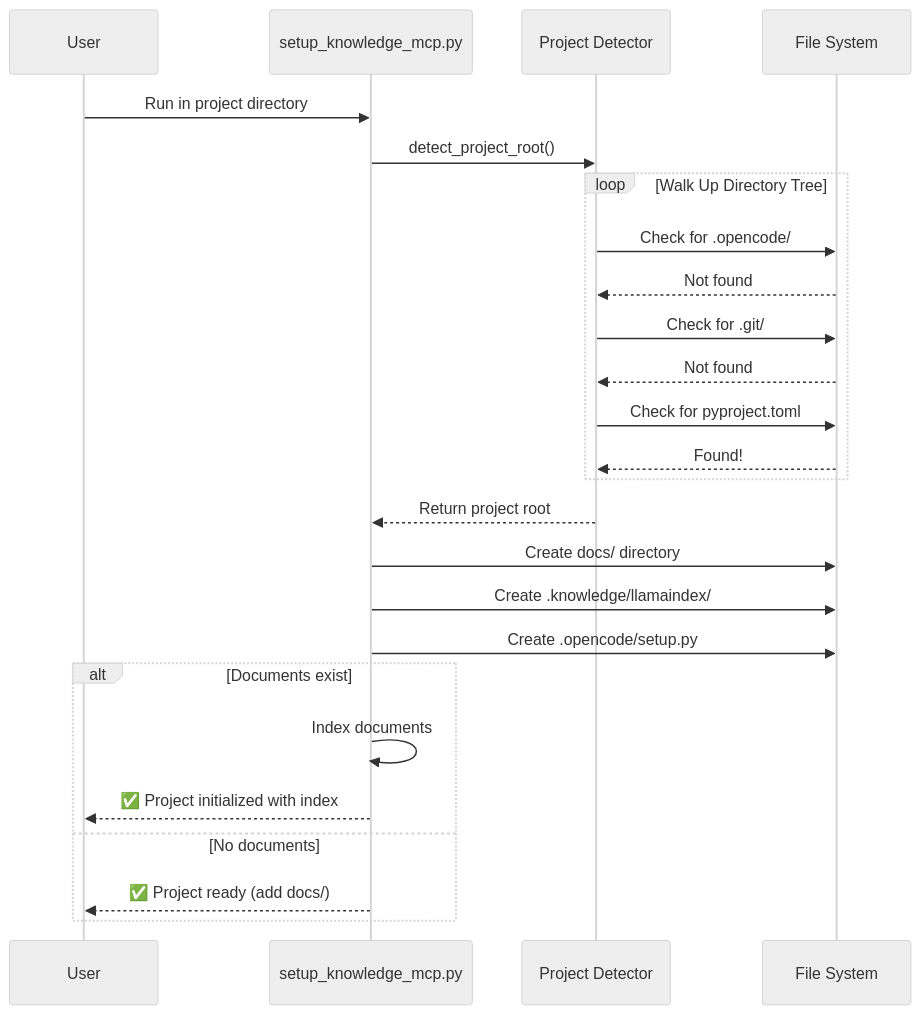
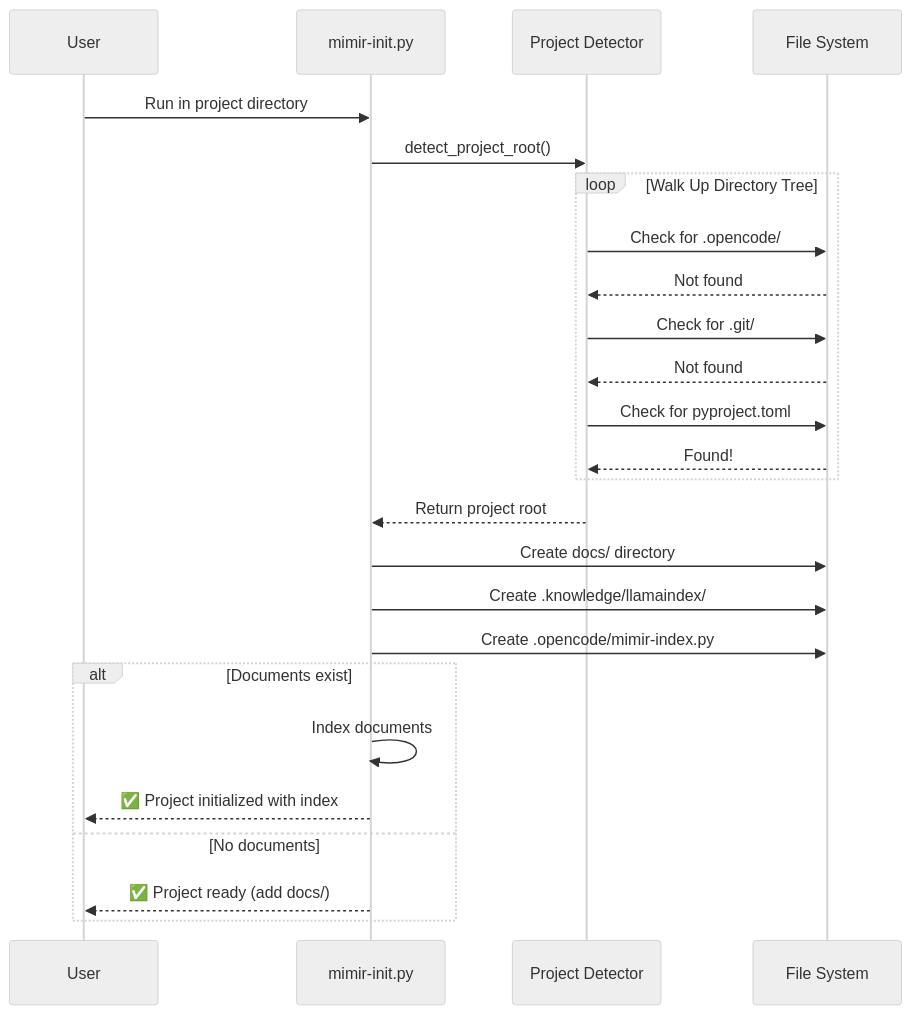
One commit to ewheels44/Mimir changed the third of 15 diagrams in BLOG_POST.md. Above: the diagram before and after it, drawn with Mermaid (neutral theme). The commit also changed other lines of this file and 18 other files, not shown here.

````diff
--- a/BLOG_POST.md
+++ b/BLOG_POST.md
@@ -129,32 +129,32 @@
 ```mermaid
 sequenceDiagram
     participant User
-    participant Setup as setup_knowledge_mcp.py
+    participant Setup as mimir-init.py
     participant Detect as Project Detector
     participant Files as File System
     
     User->>Setup: Run in project directory
     Setup->>Detect: detect_project_root()
     
     loop Walk Up Directory Tree
         Detect->>Files: Check for .opencode/
         Files-->>Detect: Not found
         Detect->>Files: Check for .git/
         Files-->>Detect: Not found
         Detect->>Files: Check for pyproject.toml
         Files-->>Detect: Found!
     end
     
     Detect-->>Setup: Return project root
     
     Setup->>Files: Create docs/ directory
     Setup->>Files: Create .knowledge/llamaindex/
-    Setup->>Files: Create .opencode/setup.py
+    Setup->>Files: Create .opencode/mimir-index.py
     
     alt Documents exist
         Setup->>Setup: Index documents
         Setup-->>User: ✅ Project initialized with index
     else No documents
         Setup-->>User: ✅ Project ready (add docs/)
     end
 ```
````
